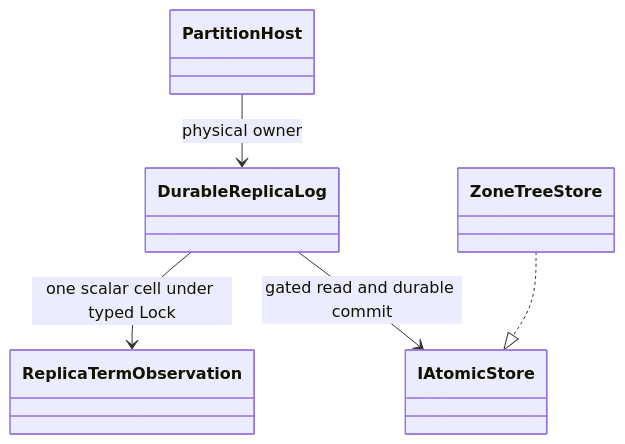
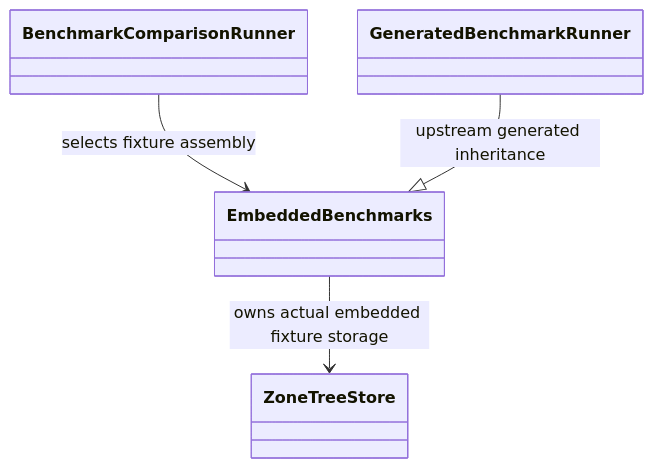
One commit to managedcode/KeyLoad changed diagram 27 of 30 in docs/Architecture.md. Above: the diagram before and after it, drawn with Mermaid. The commit also changed other lines of this file and 7356 other files, not shown here.

````diff
--- a/docs/Architecture.md
+++ b/docs/Architecture.md
@@ -941,12 +727,10 @@
 ```mermaid
 classDiagram
-    class PartitionHost
-    class DurableReplicaLog
-    class ReplicaTermObservation
-    class IAtomicStore
+    class BenchmarkComparisonRunner
+    class EmbeddedBenchmarks
+    class GeneratedBenchmarkRunner
     class ZoneTreeStore
-    PartitionHost --> DurableReplicaLog : physical owner
-    DurableReplicaLog --> ReplicaTermObservation : one scalar cell under typed Lock
-    DurableReplicaLog --> IAtomicStore : gated read and durable commit
-    ZoneTreeStore ..|> IAtomicStore
+    BenchmarkComparisonRunner --> EmbeddedBenchmarks : selects fixture assembly
+    GeneratedBenchmarkRunner --|> EmbeddedBenchmarks : upstream generated inheritance
+    EmbeddedBenchmarks --> ZoneTreeStore : owns actual embedded fixture storage
 ```
````
